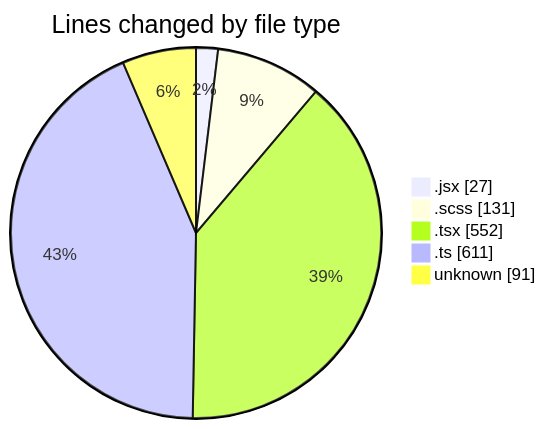
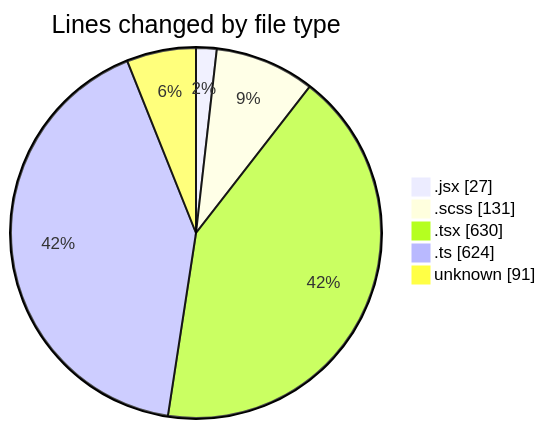
The first of 2 diagrams in 2026-03-16/cda/README.md (momahboobian/code-tracking), drawn with Mermaid before and after one commit. The commit also changed other lines of this file and 1 other file, not shown here.

````diff
--- a/2026-03-16/cda/README.md
+++ b/2026-03-16/cda/README.md
@@ -29,9 +30,9 @@
 ```mermaid
 pie showData
 title Lines changed by file type
 ".jsx" : 27
 ".scss" : 131
-".tsx" : 552
-".ts" : 611
+".tsx" : 630
+".ts" : 624
 "unknown" : 91
 ```
````
